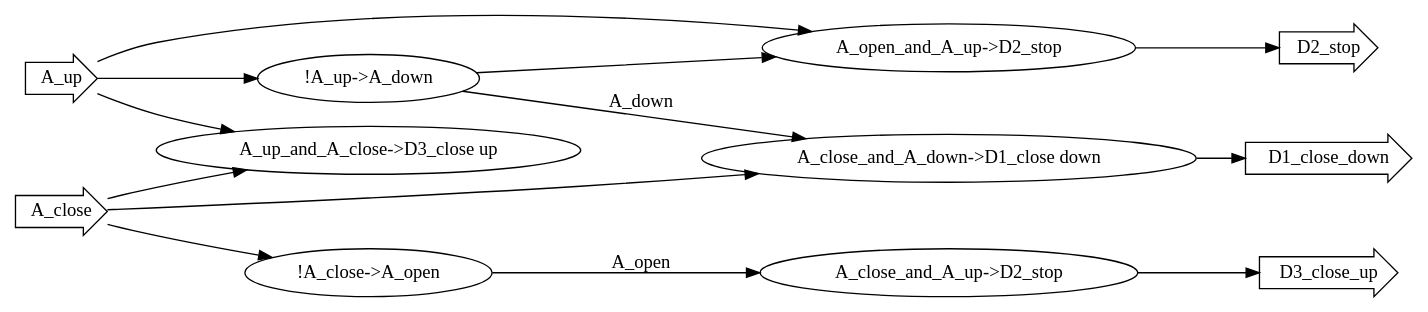
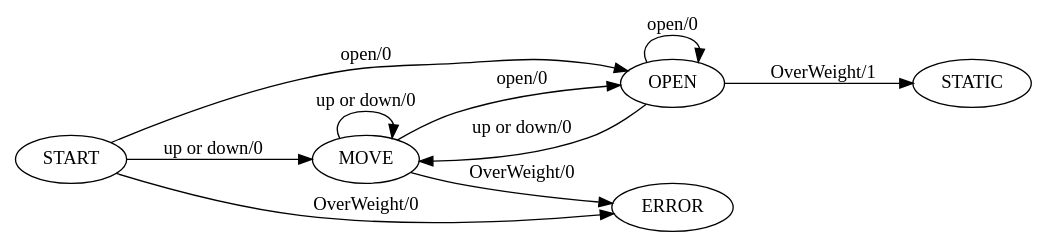
One commit to duanshoujian/cpo-lab2 changed the diagram in src/fsm.dot. Above: the diagram before and after it, drawn with Graphviz. The commit also changed 5 other files, not shown here.

```diff
--- a/src/fsm.dot
+++ b/src/fsm.dot
@@ -1,28 +1,17 @@
-
 digraph G {
-	rankdir=LR
-	A_up[shape=rarrow];
-	A_close[shape=rarrow];
-	n_0[label="!A_up->A_down"];
-	n_1[label="!A_close->A_open"];
-	n_2[label="A_up_and_A_close->D3_close up"];
-	n_3[label="A_close_and_A_down->D1_close down"];
-	n_4[label="A_open_and_A_up->D2_stop"];
-	n_5[label="A_close_and_A_up->D2_stop"];
-	D1_close_down[shape=rarrow];
-	D2_stop[shape=rarrow];
-	D3_close_up[shape=rarrow];
-	A_up -> n_2;
-	A_up -> n_0;
-	A_up -> n_4;
-	A_close -> n_3;
-	A_close -> n_1;
-	A_close -> n_2;
-	n_0 -> n_3[label="A_down"];
-	n_0 -> n_4;
-	n_1 -> n_5[label="A_open"];
-	n_3 -> D1_close_down;
-	n_4 -> D2_stop;
-	n_5 -> D3_close_up;
-
+  rankdir=LR;
+  MOVE[];
+  START[];
+  OPEN[];
+  STATIC[];
+  ERROR[];
+  MOVE -> MOVE[label="up or down/0"];
+  MOVE -> OPEN[label="open/0"];
+  MOVE -> ERROR[label="OverWeight/0"];
+  START -> MOVE[label="up or down/0"];
+  START -> OPEN[label="open/0"];
+  START -> ERROR[label="OverWeight/0"];
+  OPEN -> MOVE[label="up or down/0"];
+  OPEN -> OPEN[label="open/0"];
+  OPEN -> STATIC[label="OverWeight/1"];
 }
```
